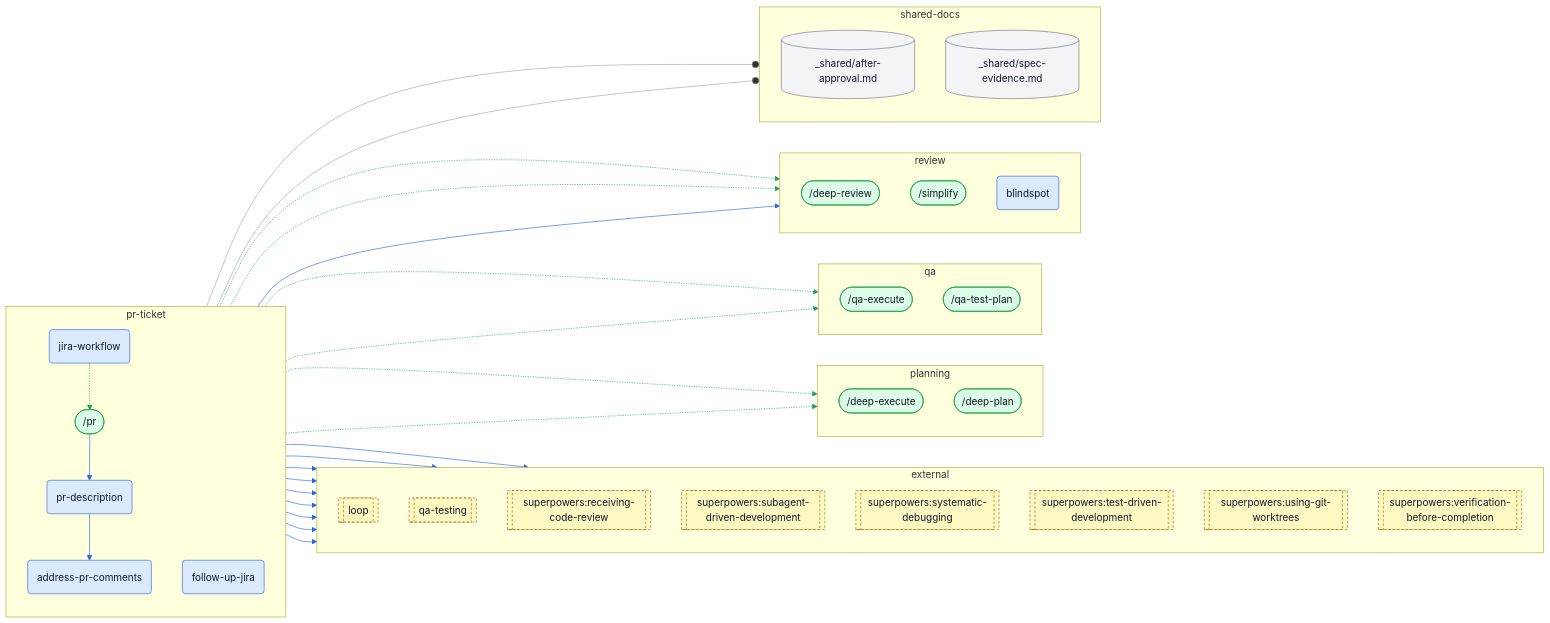
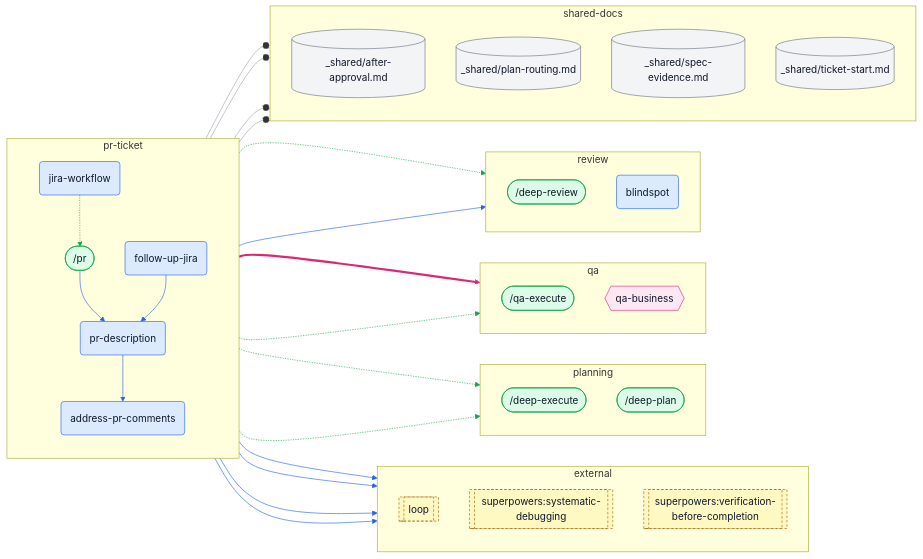
Before and after one commit to ybarsotti/dotfiles: the fifth of 10 diagrams in docs/skills-map.md, drawn with Mermaid. The commit also changed other lines of this file and 30 other files, not shown here.

```diff
--- a/docs/skills-map.md
+++ b/docs/skills-map.md
@@ -471,12 +449,7 @@
   subgraph cl_external["external"]
     direction TB
     x_loop[["loop"]]:::external
-    x_qa_testing[["qa-testing"]]:::external
-    x_superpowers_receiving_code_review[["superpowers:receiving-code-review"]]:::external
-    x_superpowers_subagent_driven_development[["superpowers:subagent-driven-development"]]:::external
     x_superpowers_systematic_debugging[["superpowers:systematic-debugging"]]:::external
-    x_superpowers_test_driven_development[["superpowers:test-driven-development"]]:::external
-    x_superpowers_using_git_worktrees[["superpowers:using-git-worktrees"]]:::external
     x_superpowers_verification_before_completion[["superpowers:verification-before-completion"]]:::external
   end
   subgraph cl_planning["planning"]
@@ -495,34 +468,32 @@
   subgraph cl_qa["qa"]
     direction TB
     c_qa_execute(["/qa-execute"]):::command
-    c_qa_test_plan(["/qa-test-plan"]):::command
+    a_qa_business{{"qa-business"}}:::agent
   end
   subgraph cl_review["review"]
     direction TB
     c_deep_review(["/deep-review"]):::command
-    c_simplify(["/simplify"]):::command
     s_blindspot("blindspot"):::skill
   end
   subgraph cl_shared_docs["shared-docs"]
     direction TB
     d_after_approval[("_shared/after-approval.md")]:::shared
+    d_plan_routing[("_shared/plan-routing.md")]:::shared
     d_spec_evidence[("_shared/spec-evidence.md")]:::shared
+    d_ticket_start[("_shared/ticket-start.md")]:::shared
   end
   c_pr --> s_pr_description
+  s_follow_up_jira --> s_pr_description
   s_jira_workflow -.-> c_deep_execute
   s_jira_workflow -.-> c_deep_plan
   s_jira_workflow -.-> c_deep_review
   s_jira_workflow -.-> c_pr
-  s_jira_workflow -.-> c_qa_test_plan
-  s_jira_workflow -.-> c_simplify
   s_jira_workflow --o d_after_approval
-  s_jira_workflow --> x_qa_testing
-  s_jira_workflow --> x_superpowers_receiving_code_review
-  s_jira_workflow --> x_superpowers_subagent_driven_development
+  s_jira_workflow --o d_plan_routing
+  s_jira_workflow --o d_ticket_start
   s_jira_workflow --> x_superpowers_systematic_debugging
-  s_jira_workflow --> x_superpowers_test_driven_development
-  s_jira_workflow --> x_superpowers_using_git_worktrees
   s_jira_workflow --> x_superpowers_verification_before_completion
+  s_pr_description ==> a_qa_business
   s_pr_description -.-> c_qa_execute
   s_pr_description --o d_spec_evidence
   s_pr_description --> s_address_pr_comments
@@ -530,26 +501,23 @@
   s_pr_description --> x_loop
   s_pr_description --> x_superpowers_systematic_debugging
   linkStyle 0 stroke:#2563eb
-  linkStyle 1 stroke:#16a34a
+  linkStyle 1 stroke:#2563eb
   linkStyle 2 stroke:#16a34a
   linkStyle 3 stroke:#16a34a
   linkStyle 4 stroke:#16a34a
   linkStyle 5 stroke:#16a34a
-  linkStyle 6 stroke:#16a34a
+  linkStyle 6 stroke:#9ca3af
   linkStyle 7 stroke:#9ca3af
-  linkStyle 8 stroke:#2563eb
+  linkStyle 8 stroke:#9ca3af
   linkStyle 9 stroke:#2563eb
   linkStyle 10 stroke:#2563eb
-  linkStyle 11 stroke:#2563eb
-  linkStyle 12 stroke:#2563eb
-  linkStyle 13 stroke:#2563eb
+  linkStyle 11 stroke:#db2777
+  linkStyle 12 stroke:#16a34a
+  linkStyle 13 stroke:#9ca3af
   linkStyle 14 stroke:#2563eb
-  linkStyle 15 stroke:#16a34a
-  linkStyle 16 stroke:#9ca3af
+  linkStyle 15 stroke:#2563eb
+  linkStyle 16 stroke:#2563eb
   linkStyle 17 stroke:#2563eb
-  linkStyle 18 stroke:#2563eb
-  linkStyle 19 stroke:#2563eb
-  linkStyle 20 stroke:#2563eb
   classDef skill fill:#dbeafe,stroke:#2563eb,color:#0f172a
   classDef command fill:#dcfce7,stroke:#16a34a,color:#0f172a
   classDef agent fill:#fce7f3,stroke:#db2777,color:#0f172a
```
